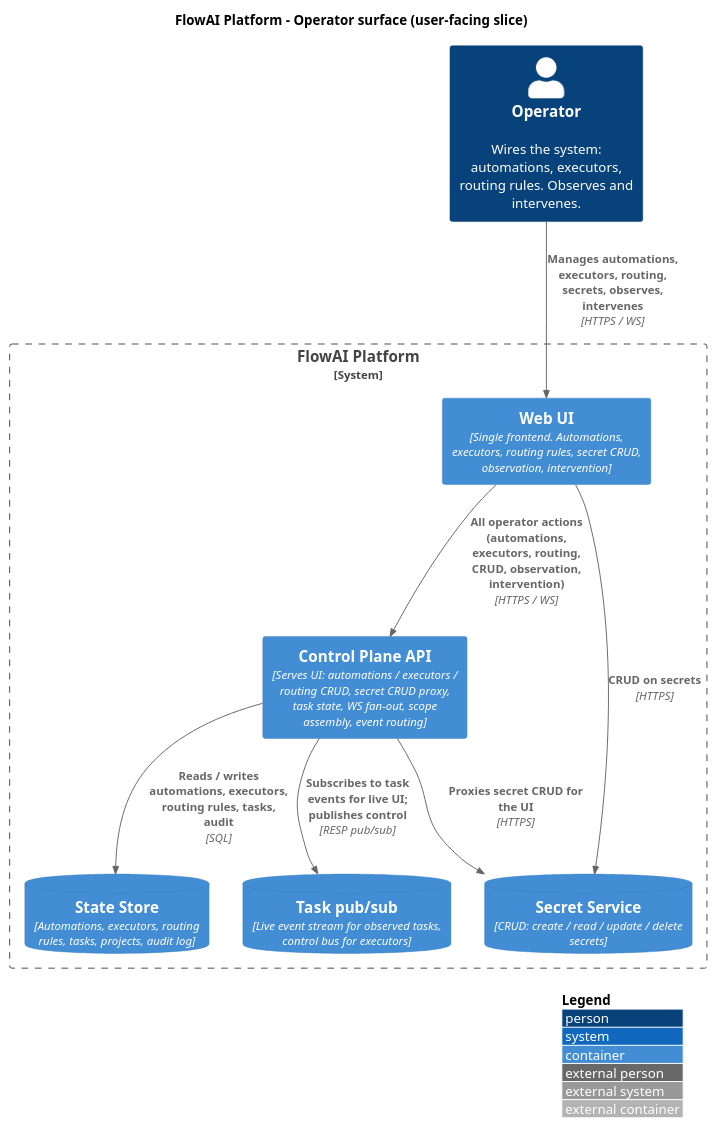
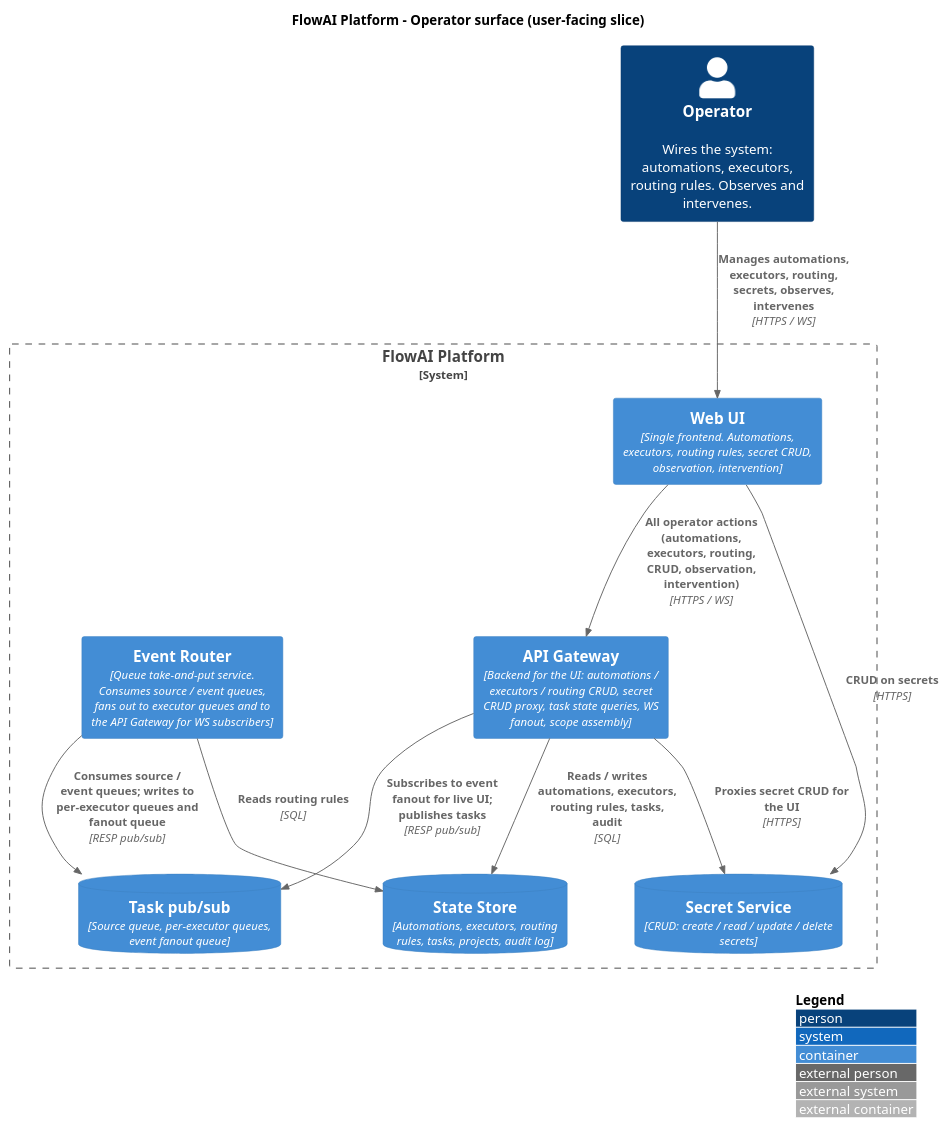
Before and after one commit to pandops/flowai: the diagram in docs/architecture/diagrams/03-operator-surface.puml, drawn with PlantUML. The commit also changed 79 other files, not shown here.

Commit message:
feat: Restart architecture processes

```diff
--- a/docs/architecture/diagrams/03-operator-surface.puml
+++ b/docs/architecture/diagrams/03-operator-surface.puml
@@ -1,26 +1,29 @@
 @startuml 03-operator-surface
-!include stdlib/C4_Container.puml
+!include <c4/C4_Container>
 
 LAYOUT_TOP_DOWN()
 LAYOUT_WITH_LEGEND()
 
 title FlowAI Platform - Operator surface (user-facing slice)
 
 Person(operator, "Operator", "Wires the system: automations, executors, routing rules. Observes and intervenes.")
 
 System_Boundary(b1, "FlowAI Platform") {
     Container(ui, "Web UI", "Single frontend. Automations, executors, routing rules, secret CRUD, observation, intervention")
-    Container(api, "Control Plane API", "Serves UI: automations / executors / routing CRUD, secret CRUD proxy, task state, WS fan-out, scope assembly, event routing")
+    Container(gw, "API Gateway", "Backend for the UI: automations / executors / routing CRUD, secret CRUD proxy, task state queries, WS fanout, scope assembly")
+    Container(er, "Event Router", "Queue take-and-put service. Consumes source / event queues, fans out to executor queues and to the API Gateway for WS subscribers")
     ContainerDb(pg, "State Store", "Automations, executors, routing rules, tasks, projects, audit log")
-    ContainerDb(queue, "Task pub/sub", "Live event stream for observed tasks, control bus for executors")
+    ContainerDb(queue, "Task pub/sub", "Source queue, per-executor queues, event fanout queue")
     ContainerDb(sec, "Secret Service", "CRUD: create / read / update / delete secrets")
 }
 
 Rel(operator, ui, "Manages automations, executors, routing, secrets, observes, intervenes", "HTTPS / WS")
-Rel(ui, api, "All operator actions (automations, executors, routing, CRUD, observation, intervention)", "HTTPS / WS")
+Rel(ui, gw, "All operator actions (automations, executors, routing, CRUD, observation, intervention)", "HTTPS / WS")
 Rel(ui, sec, "CRUD on secrets", "HTTPS")
-Rel(api, pg, "Reads / writes automations, executors, routing rules, tasks, audit", "SQL")
-Rel(api, queue, "Subscribes to task events for live UI; publishes control", "RESP pub/sub")
-Rel(api, sec, "Proxies secret CRUD for the UI", "HTTPS")
+Rel(gw, pg, "Reads / writes automations, executors, routing rules, tasks, audit", "SQL")
+Rel(gw, queue, "Subscribes to event fanout for live UI; publishes tasks", "RESP pub/sub")
+Rel(gw, sec, "Proxies secret CRUD for the UI", "HTTPS")
+Rel(er, queue, "Consumes source / event queues; writes to per-executor queues and fanout queue", "RESP pub/sub")
+Rel_R(er, pg, "Reads routing rules", "SQL")
 
 @enduml
```
